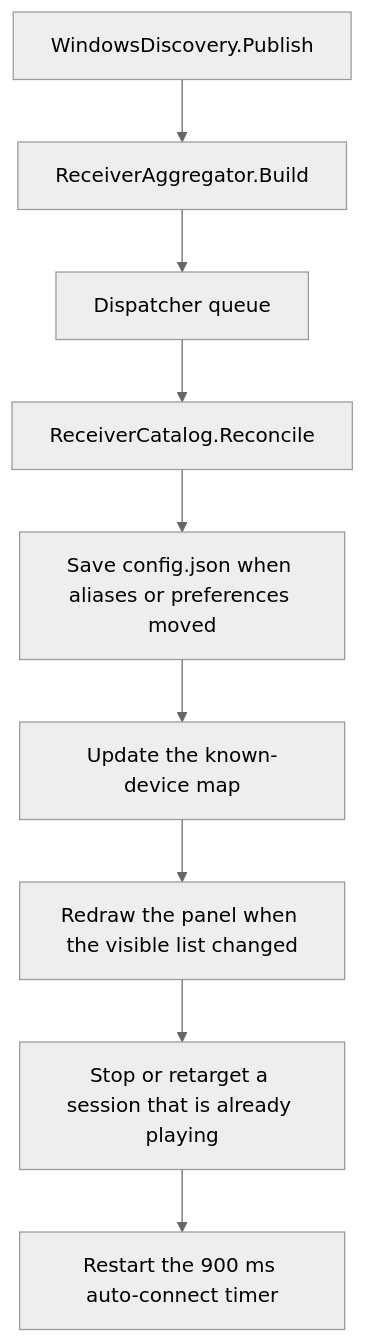
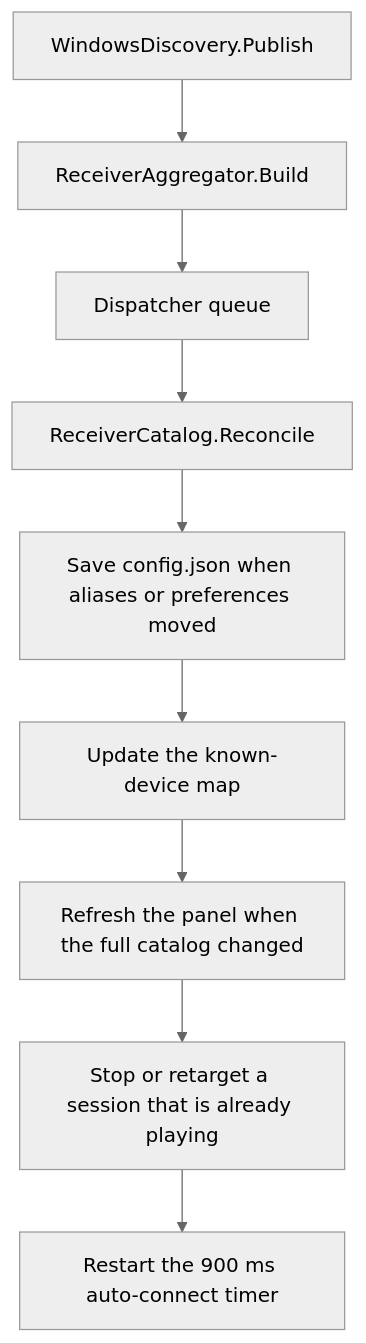
Before and after one commit to ThatMarko/AirFlash: the diagram in docs/analysis/after-discovery.md, drawn with Mermaid (neutral theme). The commit also changed other lines of this file and 48 other files, not shown here.

First line of the commit message:
docs: audit architecture analysis and re-triage issues

````diff
--- a/docs/analysis/after-discovery.md
+++ b/docs/analysis/after-discovery.md
@@ -7,13 +7,13 @@
 ```mermaid
 flowchart TD
   PUB[WindowsDiscovery.Publish]
   AGG[ReceiverAggregator.Build]
   UIQ[Dispatcher queue]
   REC[ReceiverCatalog.Reconcile]
   SAVE[Save config.json when aliases or preferences moved]
   MAP[Update the known-device map]
-  DRAW[Redraw the panel when the visible list changed]
+  DRAW[Refresh the panel when the full catalog changed]
   LIVE[Stop or retarget a session that is already playing]
   ARM[Restart the 900 ms auto-connect timer]
   PUB --> AGG --> UIQ --> REC --> SAVE --> MAP --> DRAW --> LIVE --> ARM
 ```
````
